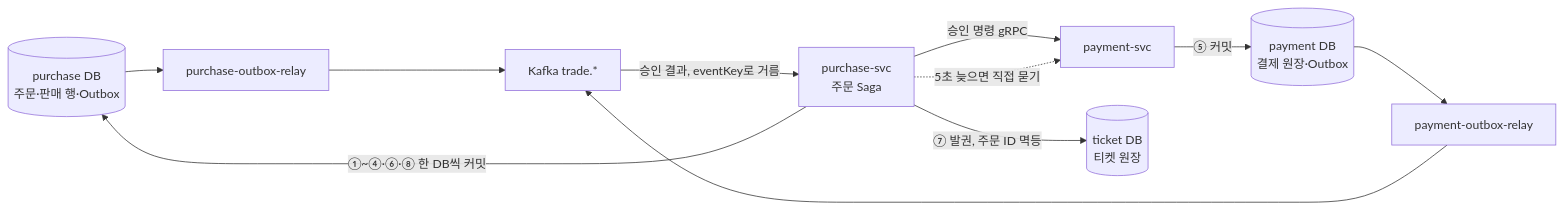
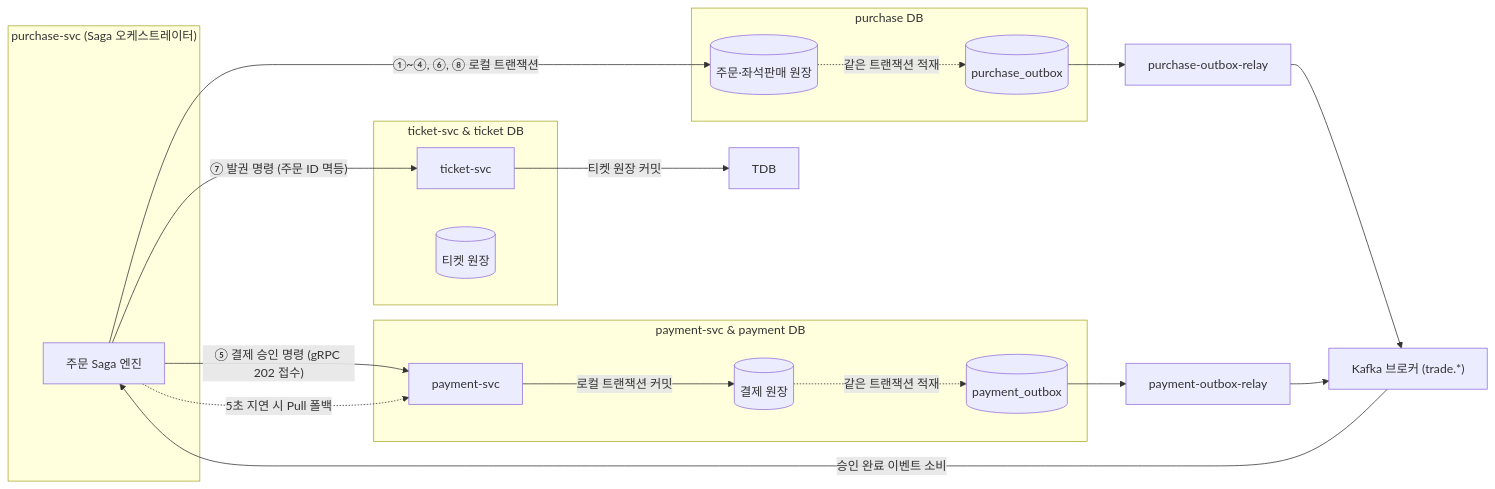
The first of 3 diagrams in docs/walkthrough/db/05-consistency-transactions.md (peaket/peaket), drawn with Mermaid before and after one commit. The commit also changed other lines of this file and 77 other files, not shown here.

````diff
--- a/docs/walkthrough/db/05-consistency-transactions.md
+++ b/docs/walkthrough/db/05-consistency-transactions.md
@@ -66,21 +41,40 @@
 ```mermaid
 flowchart LR
-    pdb[("purchase DB<br/>주문·판매 행·Outbox")]
-    prelay["purchase-outbox-relay"]
-    paydb[("payment DB<br/>결제 원장·Outbox")]
-    payrelay["payment-outbox-relay"]
-    kafka["Kafka trade.*"]
-    saga["purchase-svc<br/>주문 Saga"]
-    pay["payment-svc"]
-    tdb[("ticket DB<br/>티켓 원장")]
-    saga -->|"①~④·⑥·⑧ 한 DB씩 커밋"| pdb
-    saga -->|"승인 명령 gRPC"| pay
-    pay -->|"⑤ 커밋"| paydb
-    paydb --> payrelay
-    payrelay --> kafka
-    kafka -->|"승인 결과, eventKey로 거름"| saga
-    saga -.->|"5초 늦으면 직접 묻기"| pay
-    saga -->|"⑦ 발권, 주문 ID 멱등"| tdb
-    pdb --> prelay
-    prelay --> kafka
+    subgraph PurchaseSvc["purchase-svc (Saga 오케스트레이터)"]
+        Saga["주문 Saga 엔진"]
+    end
+
+    subgraph PDBGroup["purchase DB"]
+        PDB[("주문·좌석판매 원장")]
+        POutbox[("purchase_outbox")]
+    end
+
+    subgraph PayGroup["payment-svc & payment DB"]
+        PaySvc["payment-svc"]
+        PayDB[("결제 원장")]
+        PayOutbox[("payment_outbox")]
+    end
+
+    subgraph TicketGroup["ticket-svc & ticket DB"]
+        TktSvc["ticket-svc"]
+        TktDB[("티켓 원장")]
+    end
+
+    Kafka["Kafka 브로커 (trade.*)"]
+    PRelay["purchase-outbox-relay"]
+    PayRelay["payment-outbox-relay"]
+
+    Saga -->|"①~④, ⑥, ⑧ 로컬 트랜잭션"| PDB
+    PDB -.->|"같은 트랜잭션 적재"| POutbox
+    POutbox --> PRelay --> Kafka
+
+    Saga -->|"⑤ 결제 승인 명령 (gRPC 202 접수)"| PaySvc
+    PaySvc -->|"로컬 트랜잭션 커밋"| PayDB
+    PayDB -.->|"같은 트랜잭션 적재"| PayOutbox
+    PayOutbox --> PayRelay --> Kafka
+
+    Kafka -->|"승인 완료 이벤트 소비"| Saga
+    Saga -.->|"5초 지연 시 Pull 폴백"| PaySvc
+    Saga -->|"⑦ 발권 명령 (주문 ID 멱등)"| TktSvc
+    TktSvc -->|"티켓 원장 커밋"| TDB
 ```
````
